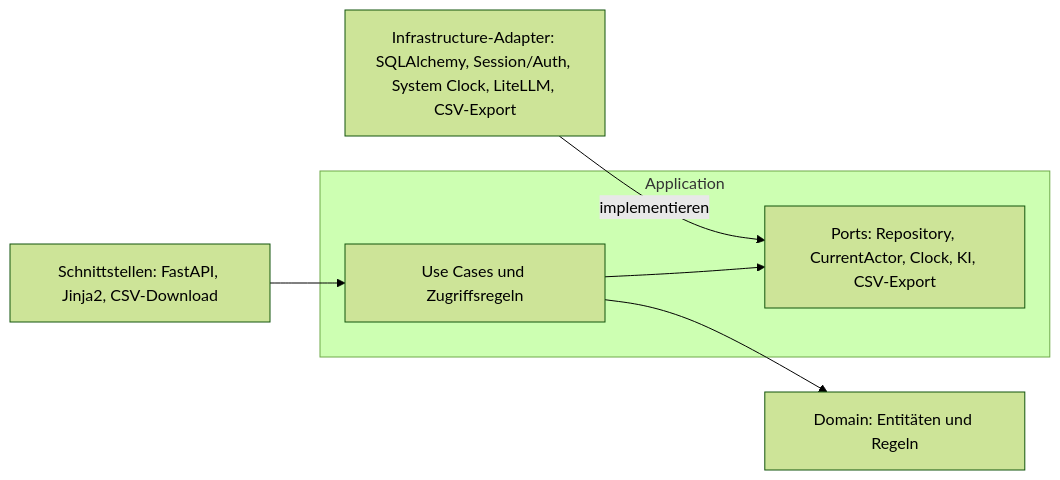
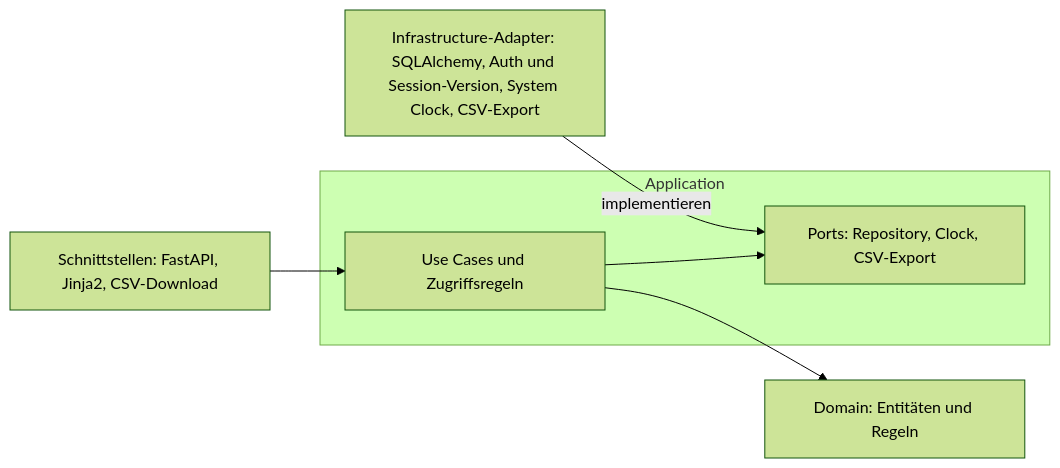
The first of 2 diagrams in docs/PROJECT.md (sibslusi/Project-AIAssisted), drawn with Mermaid (forest theme) before and after one commit. The commit also changed other lines of this file and 11 other files, not shown here.

First line of the commit message:
docs: align specs and architecture with the code, record Phase 5

````diff
--- a/docs/PROJECT.md
+++ b/docs/PROJECT.md
@@ -187,9 +208,9 @@
 ```mermaid
 flowchart LR
   Interfaces[Schnittstellen: FastAPI, Jinja2, CSV-Download] --> UseCases
   subgraph Application[Application]
-    UseCases[Use Cases und Zugriffsregeln] --> Ports[Ports: Repository, CurrentActor, Clock, KI, CSV-Export]
+    UseCases[Use Cases und Zugriffsregeln] --> Ports[Ports: Repository, Clock, CSV-Export]
   end
   UseCases --> Domain[Domain: Entitäten und Regeln]
-  Infrastructure[Infrastructure-Adapter: SQLAlchemy, Session/Auth, System Clock, LiteLLM, CSV-Export] -->|implementieren| Ports
+  Infrastructure[Infrastructure-Adapter: SQLAlchemy, Auth und Session-Version, System Clock, CSV-Export] -->|implementieren| Ports
 ```
````
